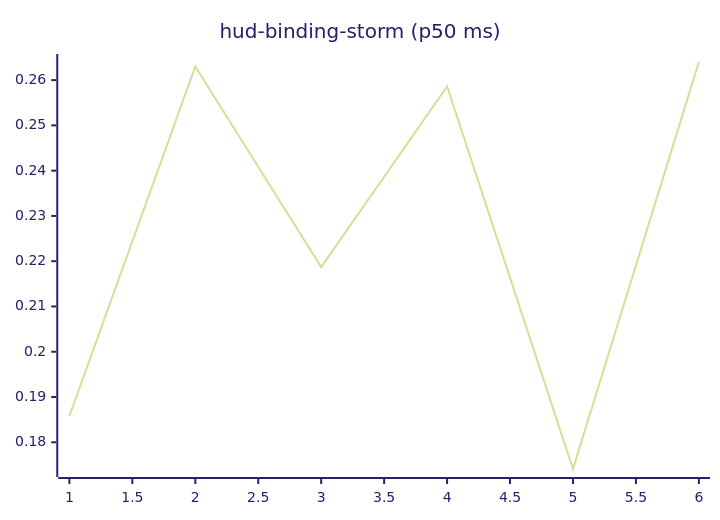
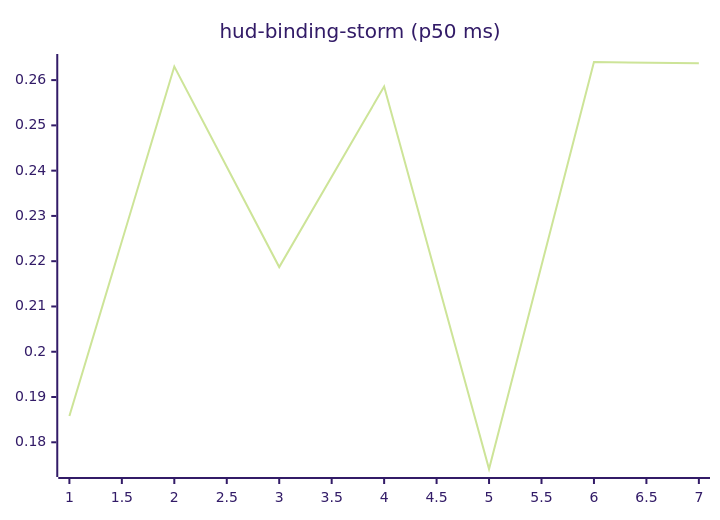
The tenth of 27 diagrams in README.md (josha/Facet), drawn with Mermaid (forest theme) before and after one commit. The commit also changed other lines of this file and 2 other files, not shown here.

````diff
--- a/README.md
+++ b/README.md
@@ -126,6 +126,6 @@
 ```mermaid
 xychart-beta
     title "hud-binding-storm (p50 ms)"
-    x-axis 1 --> 6
-    line [0.1858, 0.2630, 0.2187, 0.2586, 0.1741, 0.2640]
+    x-axis 1 --> 7
+    line [0.1858, 0.2630, 0.2187, 0.2586, 0.1741, 0.2640, 0.2637]
 ```
````
